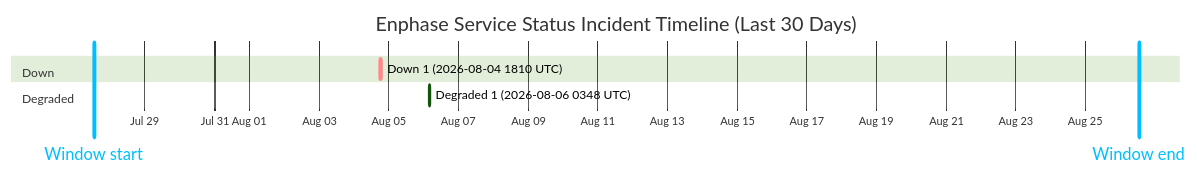
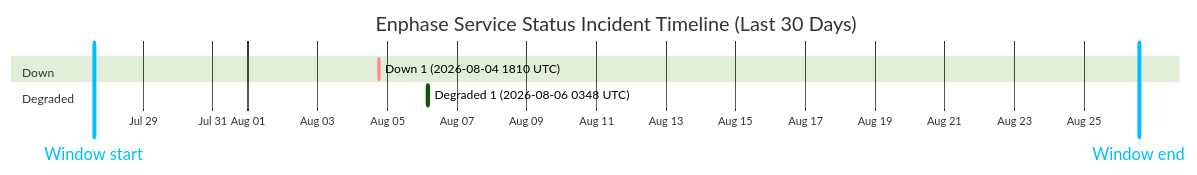
One commit to barneyonline/ha-enphase-energy changed the diagram in wiki/Service-Status-History.md. Above: the diagram before and after it, drawn with Mermaid (forest theme). The commit also changed other lines of this file and 3 other files, not shown here.

````diff
--- a/wiki/Service-Status-History.md
+++ b/wiki/Service-Status-History.md
@@ -14,12 +14,12 @@
 ```mermaid
 gantt
     title Enphase Service Status Incident Timeline (Last 30 Days)
     dateFormat  YYYY-MM-DDTHH:mm:ss
     axisFormat  %b %d
-    Window start :vert, window-start, 2026-07-27T12:56:58, 0ms
-    Window end :vert, window-end, 2026-08-26T12:56:58, 0ms
+    Window start :vert, window-start, 2026-07-27T13:56:14, 0ms
+    Window end :vert, window-end, 2026-08-26T13:56:14, 0ms
     section Down
     Down 1 (2026-08-04 1810 UTC) :crit, down-1, 2026-08-04T18:10:46, 60m
     section Degraded
     Degraded 1 (2026-08-06 0348 UTC) :active, degraded-1, 2026-08-06T03:48:14, 60m
 ```
````
